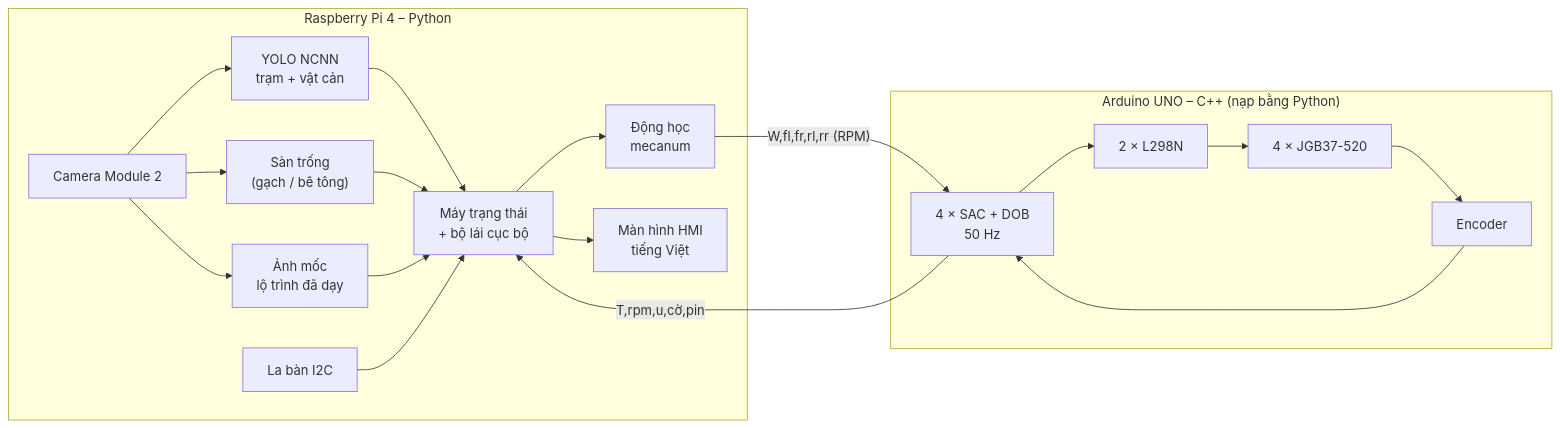
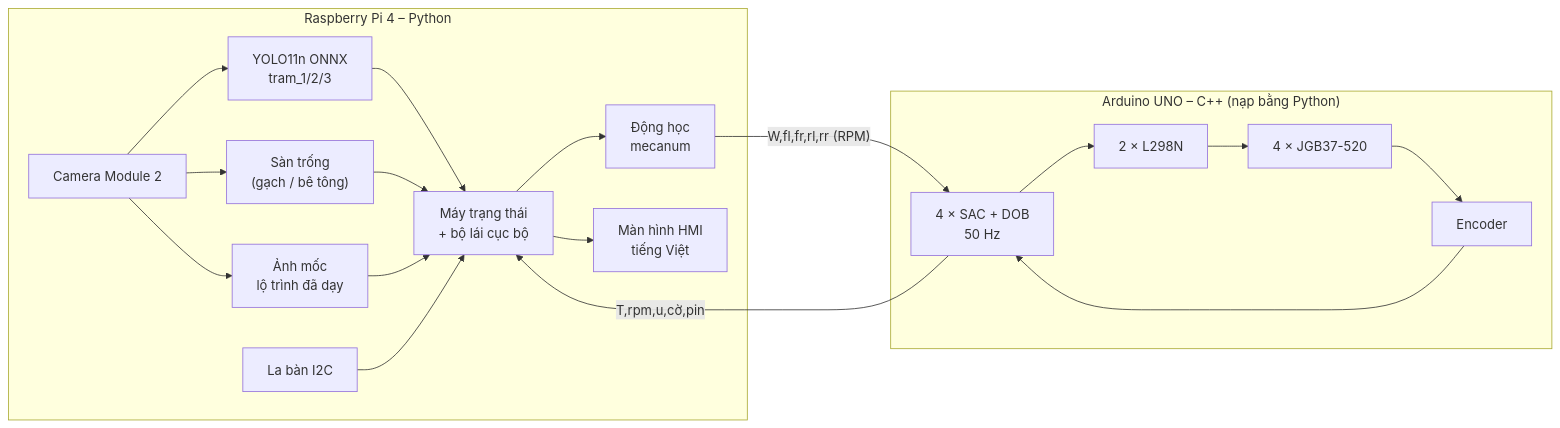
One commit to mrphamdinhtruong-lgtm/trungthu changed the diagram in robot_xuong_may/README.md. Above: the diagram before and after it, drawn with Mermaid. The commit also changed other lines of this file and 23 other files, not shown here.

First line of the commit message:
Khớp kế hoạch train 3 trạm ngày 1: ONNX + metadata, chia theo buổi, hướng dẫn

````diff
--- a/robot_xuong_may/README.md
+++ b/robot_xuong_may/README.md
@@ -45,18 +45,18 @@
 ```mermaid
 flowchart LR
     subgraph PI["Raspberry Pi 4 – Python"]
-        CAM["Camera Module 2"] --> YOLO["YOLO NCNN<br/>trạm + vật cản"]
+        CAM["Camera Module 2"] --> YOLO["YOLO11n ONNX<br/>tram_1/2/3"]
         CAM --> FLOOR["Sàn trống<br/>(gạch / bê tông)"]
         CAM --> ROUTE["Ảnh mốc<br/>lộ trình đã dạy"]
         YOLO & FLOOR & ROUTE --> MIS["Máy trạng thái<br/>+ bộ lái cục bộ"]
         CMP["La bàn I2C"] --> MIS
         MIS --> KIN["Động học<br/>mecanum"]
         MIS --> HMI["Màn hình HMI<br/>tiếng Việt"]
     end
     subgraph ARD["Arduino UNO – C++ (nạp bằng Python)"]
         SAC["4 × SAC + DOB<br/>50 Hz"] --> L298["2 × L298N"] --> MOT["4 × JGB37-520"]
         MOT --> ENC["Encoder"] --> SAC
     end
     KIN -- "W,fl,fr,rl,rr (RPM)" --> SAC
     SAC -- "T,rpm,u,cờ,pin" --> MIS
 ```
````
